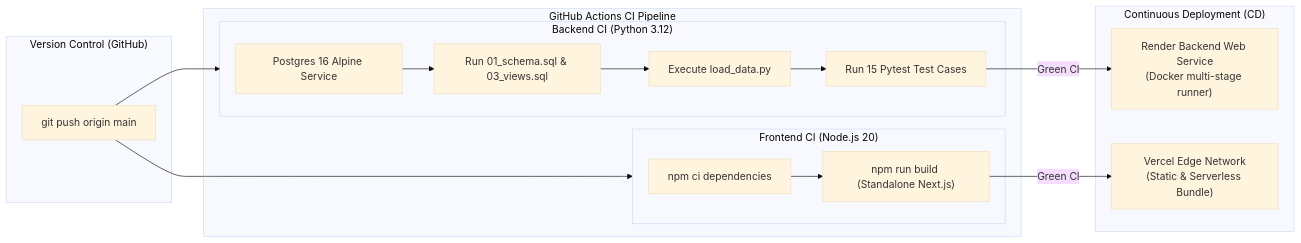
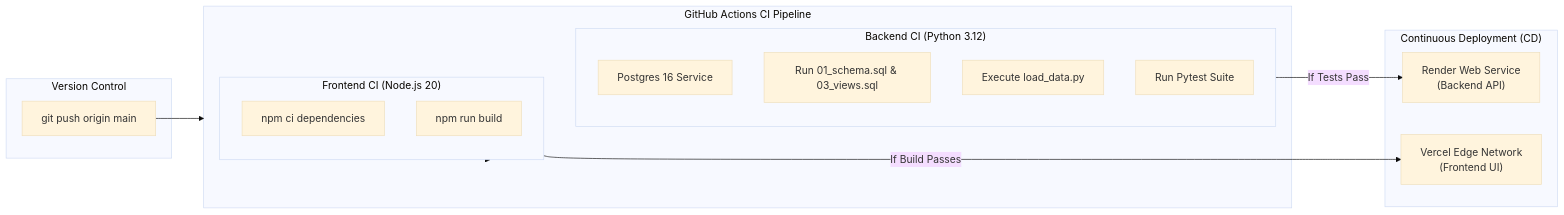
The third of 3 diagrams in README.md (adarshthakur9240/attrition-iq), drawn with Mermaid (base theme) before and after one commit. The commit also changed other lines of this file, not shown here.

````diff
--- a/README.md
+++ b/README.md
@@ -112,32 +110,32 @@
 ```mermaid
 flowchart LR
-    subgraph VCS ["Version Control (GitHub)"]
+    subgraph VCS ["Version Control"]
         Push["git push origin main"]
     end
 
     subgraph GHA ["GitHub Actions CI Pipeline"]
         subgraph BackendJob ["Backend CI (Python 3.12)"]
-            PG_Service["Postgres 16 Alpine Service"]
+            PG_Service["Postgres 16 Service"]
             Init_Schema["Run 01_schema.sql & 03_views.sql"]
             Seed_Data["Execute load_data.py"]
-            Run_Pytest["Run 15 Pytest Test Cases"]
+            Run_Pytest["Run Pytest Suite"]
         end
 
         subgraph FrontendJob ["Frontend CI (Node.js 20)"]
             NPM_CI["npm ci dependencies"]
-            Next_Build["npm run build (Standalone Next.js)"]
+            Next_Build["npm run build"]
         end
     end
 
     subgraph Deployment ["Continuous Deployment (CD)"]
-        Deploy_Render["Render Backend Web Service\n(Docker multi-stage runner)"]
-        Deploy_Vercel["Vercel Edge Network\n(Static & Serverless Bundle)"]
+        Deploy_Render["Render Web Service<br/>(Backend API)"]
+        Deploy_Vercel["Vercel Edge Network<br/>(Frontend UI)"]
     end
 
-    Push --> BackendJob
-    Push --> FrontendJob
-    PG_Service --> Init_Schema --> Seed_Data --> Run_Pytest
-    NPM_CI --> Next_Build
-    Run_Pytest -->|Green CI| Deploy_Render
-    Next_Build -->|Green CI| Deploy_Vercel
+    Push --> GHA
+    GHA --> BackendJob
+    GHA --> FrontendJob
+    
+    BackendJob -->|If Tests Pass| Deploy_Render
+    FrontendJob -->|If Build Passes| Deploy_Vercel
 ```
````
